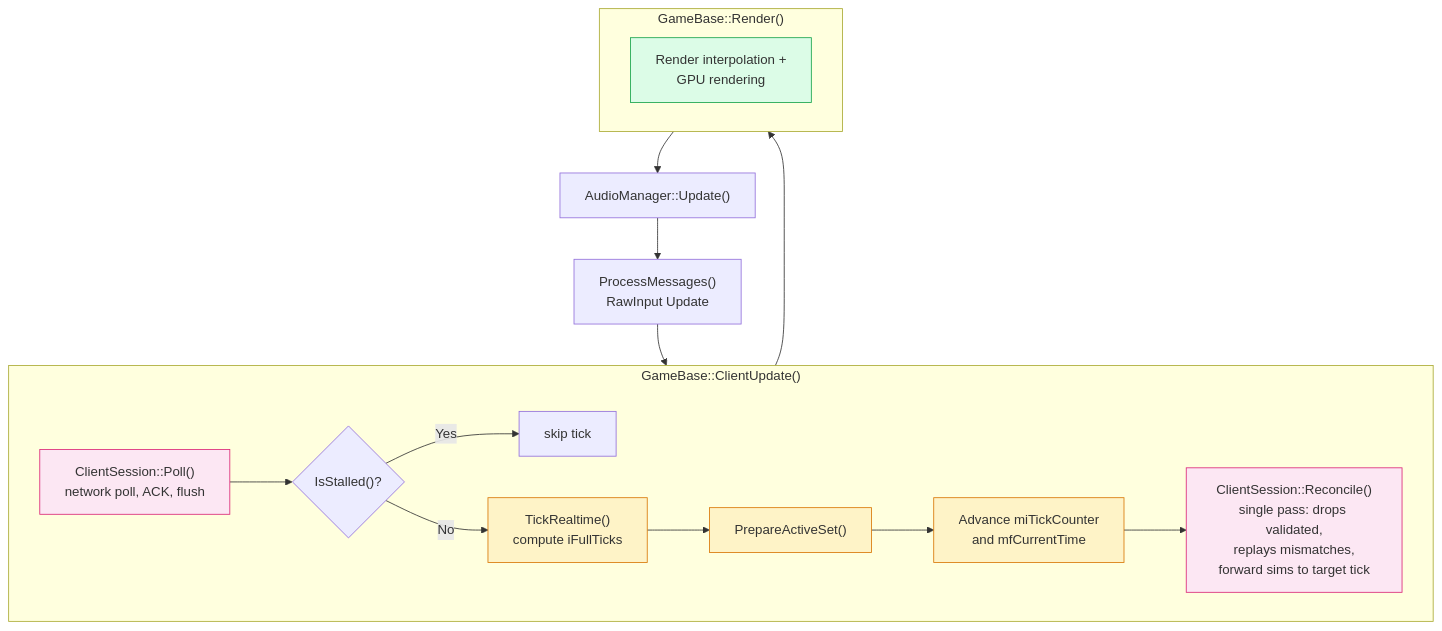
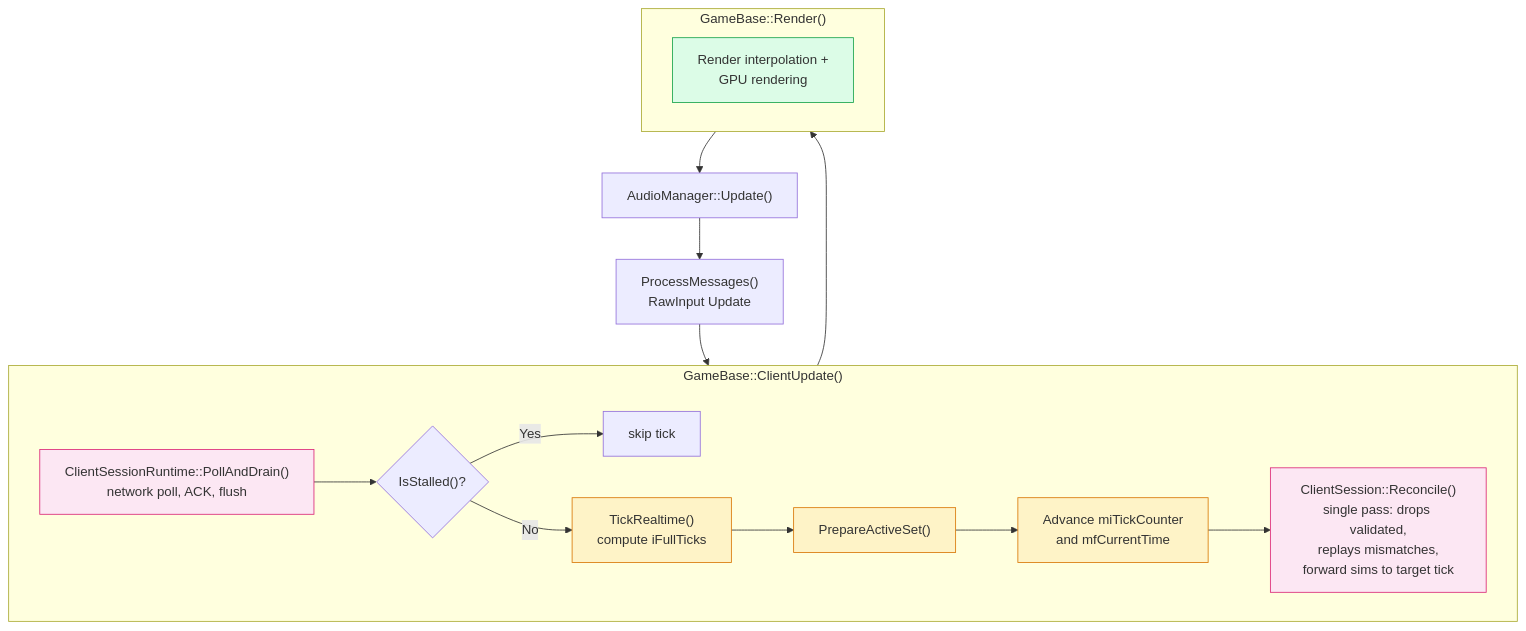
Before and after one commit to DougTanner/BrokenEngine: the third of 5 diagrams in Documents/Architecture/GameReconciliation.md, drawn with Mermaid. The commit also changed other lines of this file and 128 other files, not shown here.

````diff
--- a/Documents/Architecture/GameReconciliation.md
+++ b/Documents/Architecture/GameReconciliation.md
@@ -94,34 +94,34 @@
 ```mermaid
 %%{init: {'theme': 'default'}}%%
 flowchart TD
     classDef network fill:#dbeafe,stroke:#3b82f6
     classDef physics fill:#fef3c7,stroke:#d97706
     classDef render fill:#dcfce7,stroke:#16a34a
     classDef reconcile fill:#fce7f3,stroke:#db2777
 
     MSG["ProcessMessages()<br/>RawInput Update"] --> TICK_FRAMES
 
     subgraph TICK_FRAMES ["GameBase::ClientUpdate()"]
-        POLL["ClientSession::Poll()<br/>network poll, ACK, flush"]:::reconcile
+        POLL["ClientSessionRuntime::PollAndDrain()<br/>network poll, ACK, flush"]:::reconcile
 
         STALL_CHECK{"IsStalled()?"}
         POLL --> STALL_CHECK
         STALL_CHECK -->|"Yes"| EARLY_RETURN["skip tick"]
 
         TICK["TickRealtime()<br/>compute iFullTicks"]:::physics
         PREPARE_ACTIVE["PrepareActiveSet()"]:::physics
         ADVANCE["Advance miTickCounter<br/>and mfCurrentTime"]:::physics
         RECONCILE_STEP["ClientSession::Reconcile()<br/>single pass: drops validated,<br/>replays mismatches,<br/>forward sims to target tick"]:::reconcile
 
         STALL_CHECK -->|"No"| TICK --> PREPARE_ACTIVE --> ADVANCE --> RECONCILE_STEP
     end
 
     subgraph RENDER_METHOD ["GameBase::Render()"]
         RENDER["Render interpolation +<br/>GPU rendering"]:::render
     end
 
     AUDIO["AudioManager::Update()"]
 
     TICK_FRAMES --> RENDER_METHOD --> AUDIO
     AUDIO --> MSG
 ```
````
